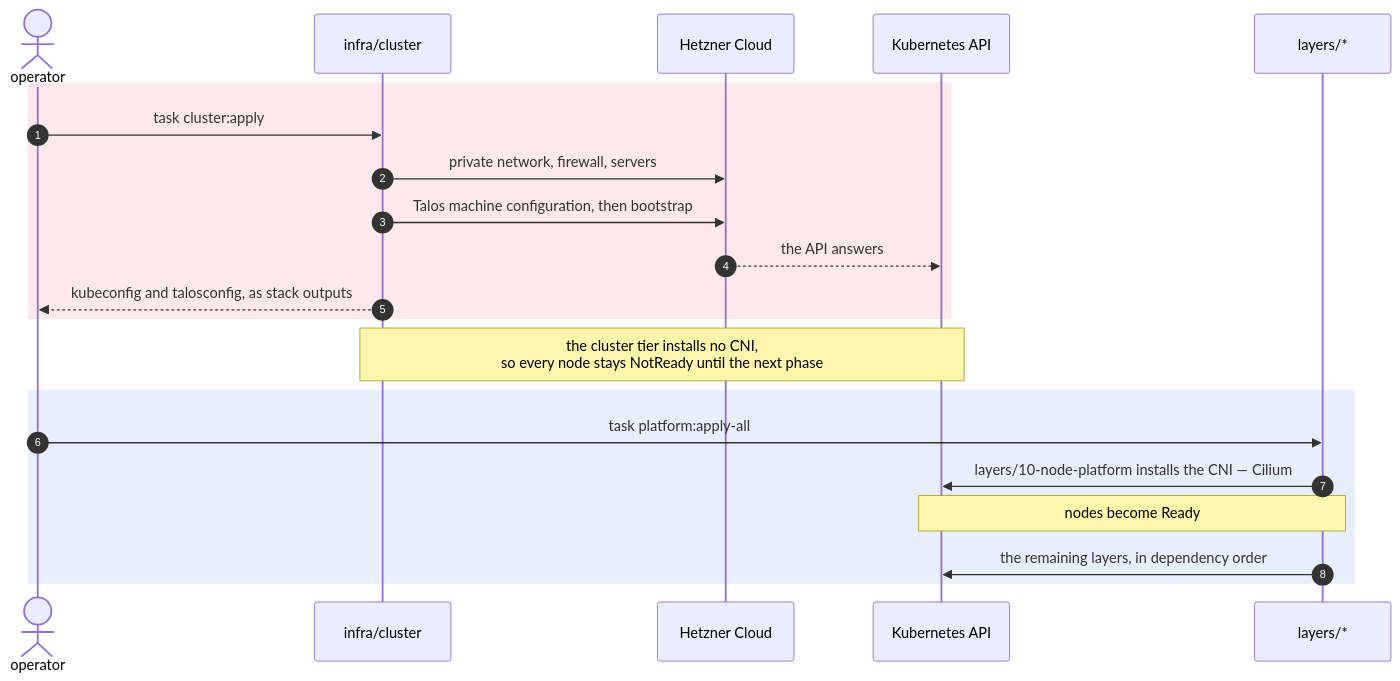
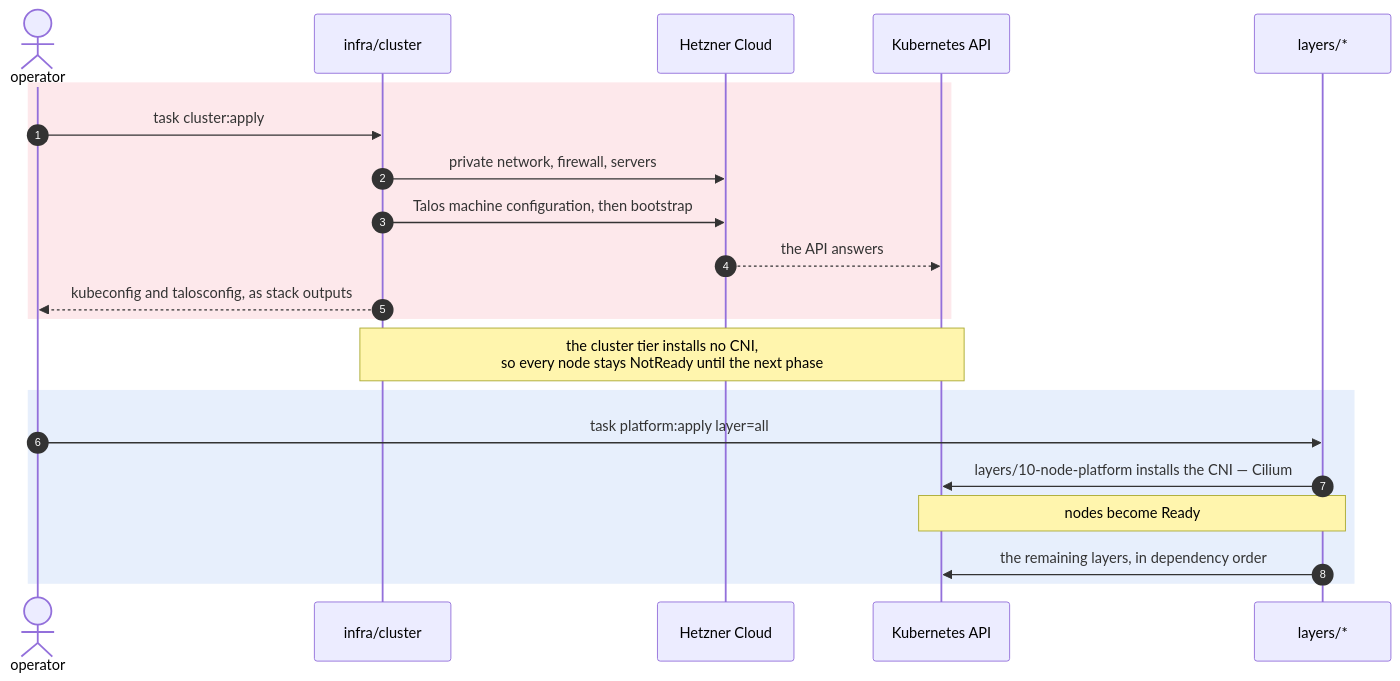
Before and after one commit to oleg-tkachuk/hetzner-iac: the second of 3 diagrams in docs/design.md, drawn with Mermaid. The commit also changed other lines of this file and 9 other files, not shown here.

First line of the commit message:
refactor(tasks): one verb per action, with layer=all instead of a second task

````diff
--- a/docs/design.md
+++ b/docs/design.md
@@ -181,26 +181,26 @@
 ```mermaid
 sequenceDiagram
     autonumber
     actor operator
     participant tier as infra/cluster
     participant hcloud as Hetzner Cloud
     participant k8s as Kubernetes API
     participant layers as layers/*
 
     rect rgb(253, 232, 235)
         operator->>tier: task cluster:apply
         tier->>hcloud: private network, firewall, servers
         tier->>hcloud: Talos machine configuration, then bootstrap
         hcloud-->>k8s: the API answers
         tier-->>operator: kubeconfig and talosconfig, as stack outputs
     end
 
     Note over tier,k8s: the cluster tier installs no CNI,<br/>so every node stays NotReady until the next phase
 
     rect rgb(231, 239, 252)
-        operator->>layers: task platform:apply-all
+        operator->>layers: task platform:apply layer=all
         layers->>k8s: layers/10-node-platform installs the CNI — Cilium
         Note over layers,k8s: nodes become Ready
         layers->>k8s: the remaining layers, in dependency order
     end
 ```
````
